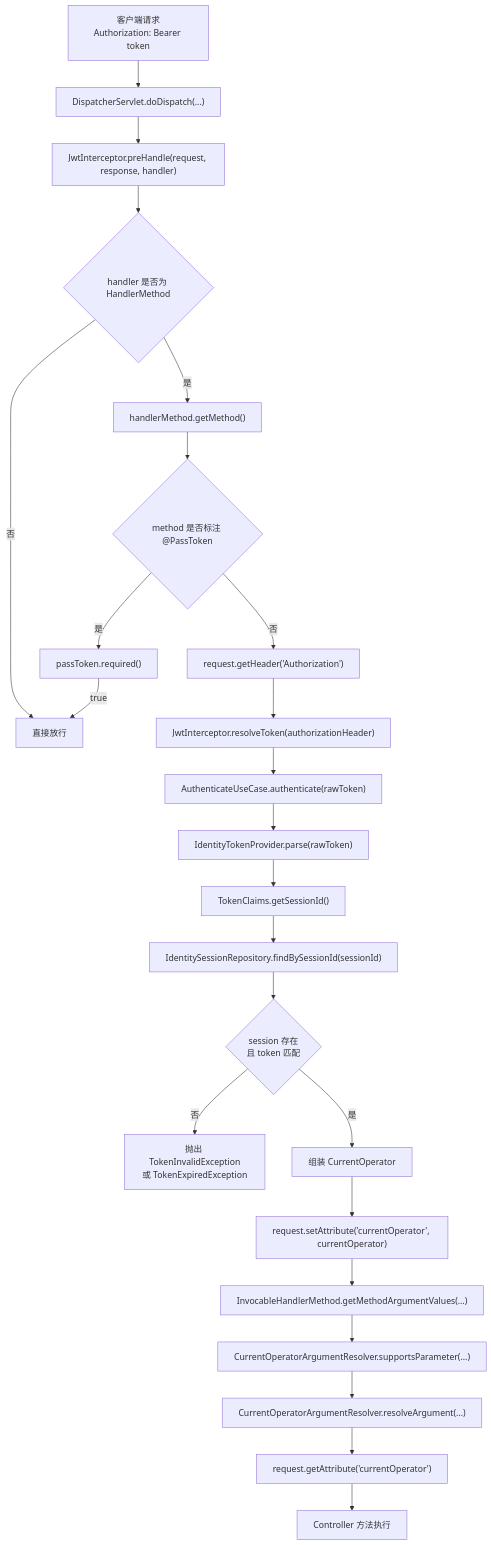
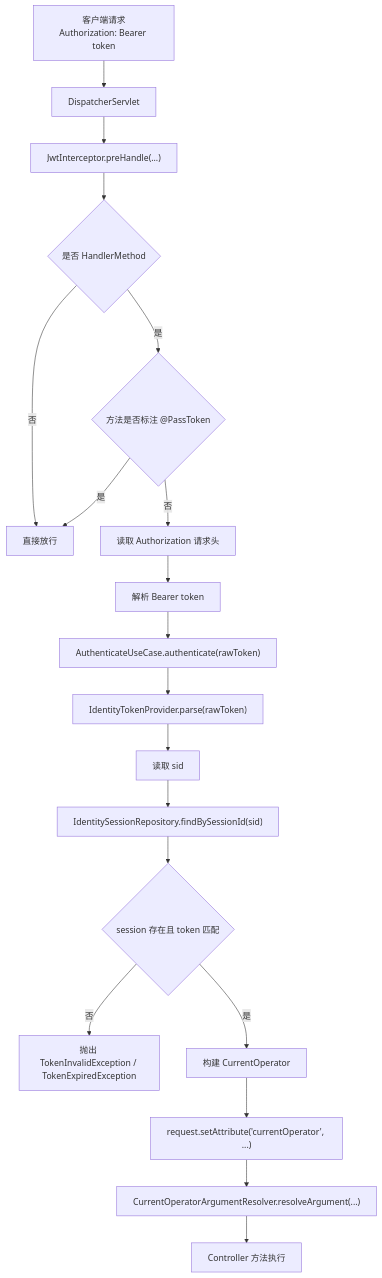
Before and after one commit to RokiLai/auth-service: the first of 2 diagrams in docs/request-auth-chain.md, drawn with Mermaid. The commit also changed other lines of this file and 3 other files, not shown here.

````diff
--- a/docs/request-auth-chain.md
+++ b/docs/request-auth-chain.md
@@ -9,31 +23,23 @@
 ```mermaid
 flowchart TD
-    A["客户端请求<br/>Authorization: Bearer token"] --> B["DispatcherServlet.doDispatch(...)"]
-    B --> C["JwtInterceptor.preHandle(request, response, handler)"]
+    A["客户端请求<br/>Authorization: Bearer token"] --> B["DispatcherServlet"]
+    B --> C["JwtInterceptor.preHandle(...)"]
 
-    C --> D{"handler 是否为 HandlerMethod"}
+    C --> D{"是否 HandlerMethod"}
     D -- 否 --> Z["直接放行"]
-    D -- 是 --> E["handlerMethod.getMethod()"]
-    E --> F{"method 是否标注 @PassToken"}
+    D -- 是 --> E{"方法是否标注 @PassToken"}
 
-    F -- 是 --> G["passToken.required()"]
-    G -- true --> Z
-    F -- 否 --> H["request.getHeader('Authorization')"]
-    H --> I["JwtInterceptor.resolveToken(authorizationHeader)"]
-    I --> J["AuthenticateUseCase.authenticate(rawToken)"]
-
-    J --> K["IdentityTokenProvider.parse(rawToken)"]
-    K --> L["TokenClaims.getSessionId()"]
-    L --> M["IdentitySessionRepository.findBySessionId(sessionId)"]
-    M --> N{"session 存在<br/>且 token 匹配"}
-
-    N -- 否 --> O["抛出 TokenInvalidException<br/>或 TokenExpiredException"]
-    N -- 是 --> P["组装 CurrentOperator"]
-    P --> Q["request.setAttribute('currentOperator', currentOperator)"]
-
-    Q --> R["InvocableHandlerMethod.getMethodArgumentValues(...)"]
-    R --> S["CurrentOperatorArgumentResolver.supportsParameter(...)"]
-    S --> T["CurrentOperatorArgumentResolver.resolveArgument(...)"]
-    T --> U["request.getAttribute('currentOperator')"]
-    U --> V["Controller 方法执行"]
+    E -- 是 --> Z
+    E -- 否 --> F["读取 Authorization 请求头"]
+    F --> G["解析 Bearer token"]
+    G --> H["AuthenticateUseCase.authenticate(rawToken)"]
+    H --> I["IdentityTokenProvider.parse(rawToken)"]
+    I --> J["读取 sid"]
+    J --> K["IdentitySessionRepository.findBySessionId(sid)"]
+    K --> L{"session 存在且 token 匹配"}
+    L -- 否 --> M["抛出 TokenInvalidException / TokenExpiredException"]
+    L -- 是 --> N["构建 CurrentOperator"]
+    N --> O["request.setAttribute('currentOperator', ...)"]
+    O --> P["CurrentOperatorArgumentResolver.resolveArgument(...)"]
+    P --> Q["Controller 方法执行"]
 ```
````
